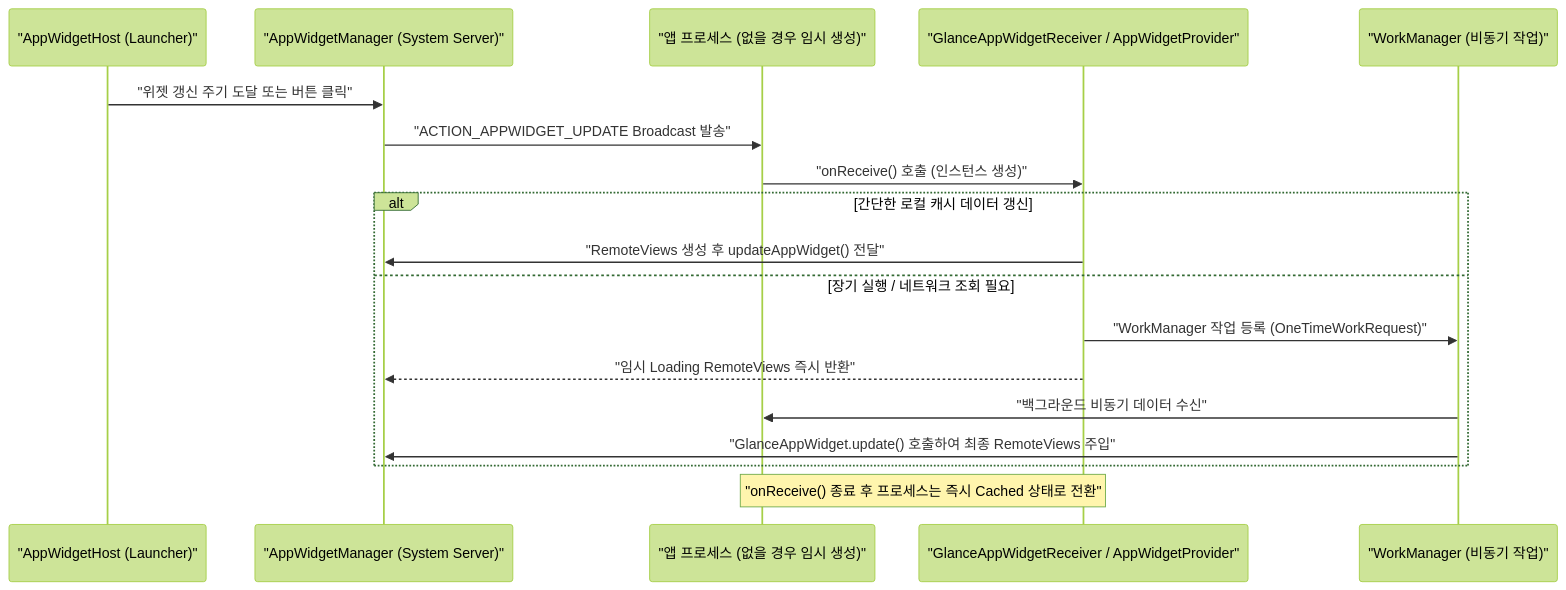
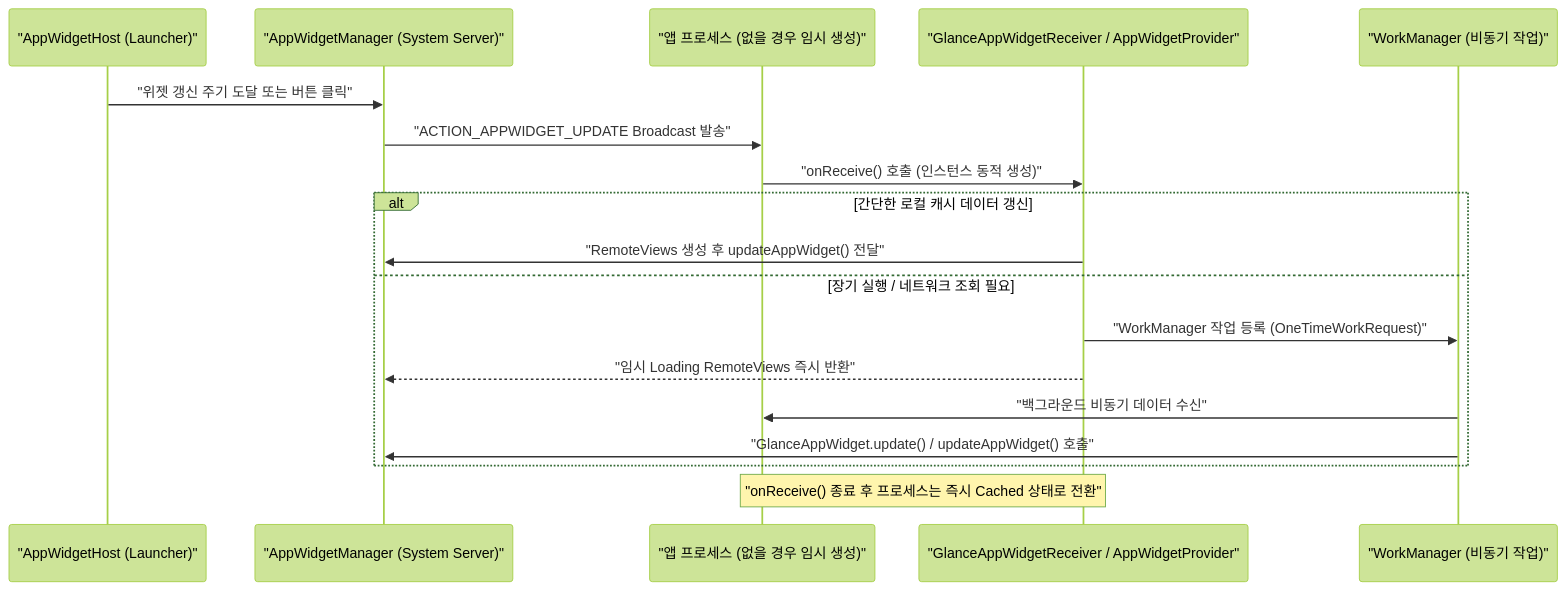
The diagram in 01_inbox/mobile/android/02_app_framework/app-widgets/app-widget-contracts/appwidgetprovider-lifecycle-runs-through-broadcasts-not-a-persistent-process.md (youngmin-gwon/what-i-studied), drawn with Mermaid (forest theme) before and after one commit. The commit also changed other lines of this file and 52 other files, not shown here.

````diff
--- a/01_inbox/mobile/android/02_app_framework/app-widgets/app-widget-contracts/appwidgetprovider-lifecycle-runs-through-broadcasts-not-a-persistent-process.md
+++ b/01_inbox/mobile/android/02_app_framework/app-widgets/app-widget-contracts/appwidgetprovider-lifecycle-runs-through-broadcasts-not-a-persistent-process.md
@@ -31,21 +36,21 @@
 ```mermaid
 sequenceDiagram
     participant Host as "AppWidgetHost (Launcher)"
     participant AWM as "AppWidgetManager (System Server)"
     participant App as "앱 프로세스 (없을 경우 임시 생성)"
     participant Provider as "GlanceAppWidgetReceiver / AppWidgetProvider"
     participant WM as "WorkManager (비동기 작업)"
 
     Host->>AWM: "위젯 갱신 주기 도달 또는 버튼 클릭"
     AWM->>App: "ACTION_APPWIDGET_UPDATE Broadcast 발송"
-    App->>Provider: "onReceive() 호출 (인스턴스 생성)"
+    App->>Provider: "onReceive() 호출 (인스턴스 동적 생성)"
     alt 간단한 로컬 캐시 데이터 갱신
         Provider->>AWM: "RemoteViews 생성 후 updateAppWidget() 전달"
     else 장기 실행 / 네트워크 조회 필요
         Provider->>WM: "WorkManager 작업 등록 (OneTimeWorkRequest)"
         Provider-->>AWM: "임시 Loading RemoteViews 즉시 반환"
         WM->>App: "백그라운드 비동기 데이터 수신"
-        WM->>AWM: "GlanceAppWidget.update() 호출하여 최종 RemoteViews 주입"
+        WM->>AWM: "GlanceAppWidget.update() / updateAppWidget() 호출"
     end
     Note over App,Provider: "onReceive() 종료 후 프로세스는 즉시 Cached 상태로 전환"
 ```
````
